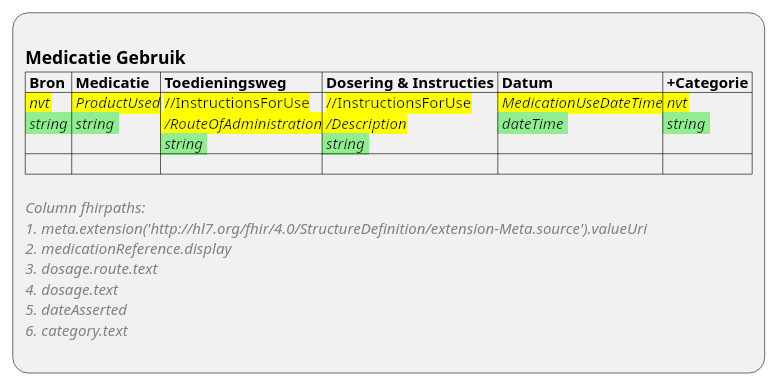
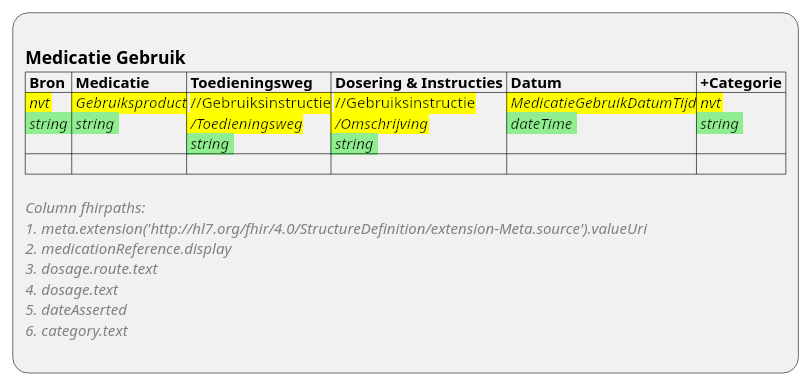
One commit to RIVO-Noord/zorgviewer-ig changed the diagram in input/images-source/ViewDefinition-MedicationStatement.plantuml. Above: the diagram before and after it, drawn with PlantUML. The commit also changed 13 other files, not shown here.

```diff
--- a/input/images-source/ViewDefinition-MedicationStatement.plantuml
+++ b/input/images-source/ViewDefinition-MedicationStatement.plantuml
@@ -1,16 +1,16 @@
 @startuml ViewDefinition-MedicationStatement
 :
 == Medicatie Gebruik
 |= Bron |= Medicatie |= Toedieningsweg |= Dosering & Instructies |= Datum |= +Categorie |
-|<back:yellow> //nvt//\n<back:lightgreen> //string// |<back:yellow> //ProductUsed//\n<back:lightgreen> //string// |<back:yellow> //InstructionsForUse\n<back:yellow> ///RouteOfAdministration//\n<back:lightgreen> //string// |<back:yellow> //InstructionsForUse\n<back:yellow> ///Description//\n<back:lightgreen> //string// |<back:yellow> //MedicationUseDateTime//\n<back:lightgreen> //dateTime// |<back:yellow> //nvt//\n<back:lightgreen> //string// |
+|<back:yellow> //nvt//\n<back:lightgreen> //string// |<back:yellow> //Gebruiksproduct//\n<back:lightgreen> //string// |<back:yellow> //Gebruiksinstructie\n<back:yellow> ///Toedieningsweg//\n<back:lightgreen> //string// |<back:yellow> //Gebruiksinstructie\n<back:yellow> ///Omschrijving//\n<back:lightgreen> //string// |<back:yellow> //MedicatieGebruikDatumTijd//\n<back:lightgreen> //dateTime// |<back:yellow> //nvt//\n<back:lightgreen> //string// |
 | |
 
 <color:gray>//Column fhirpaths://
 <color:gray>//1. meta.extension('http:~//hl7.org/fhir/4.0/StructureDefinition/extension-Meta.source').valueUri//
 <color:gray>//2. medicationReference.display//
 <color:gray>//3. dosage.route.text//
 <color:gray>//4. dosage.text//
 <color:gray>//5. dateAsserted//
 <color:gray>//6. category.text//
 ;
 @enduml
```
